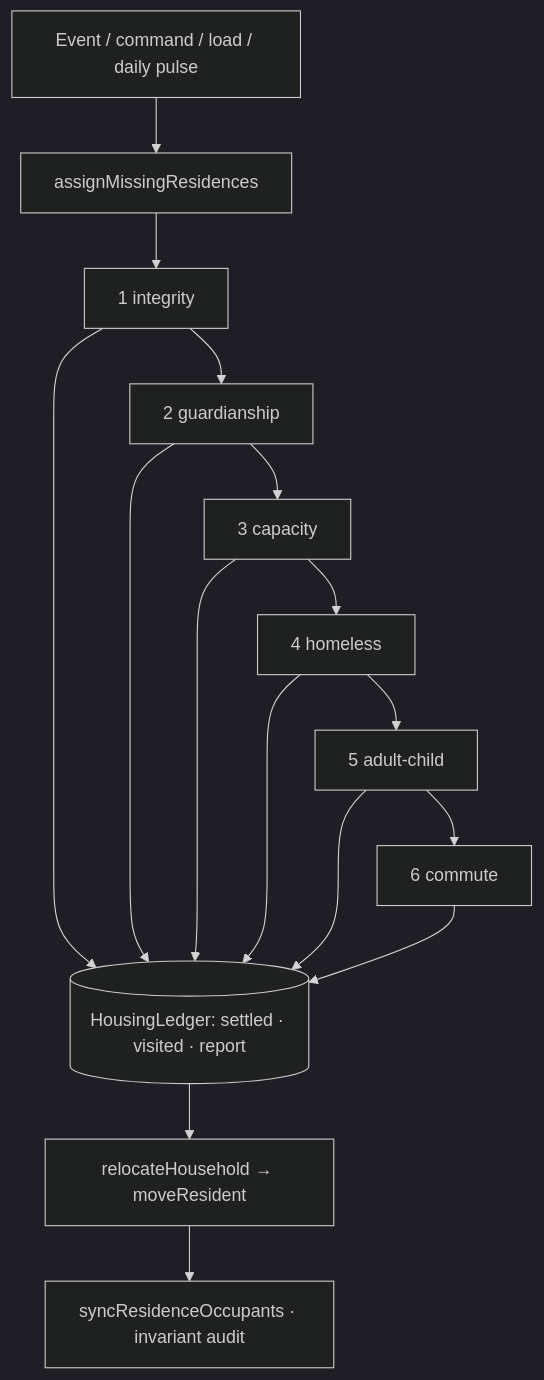
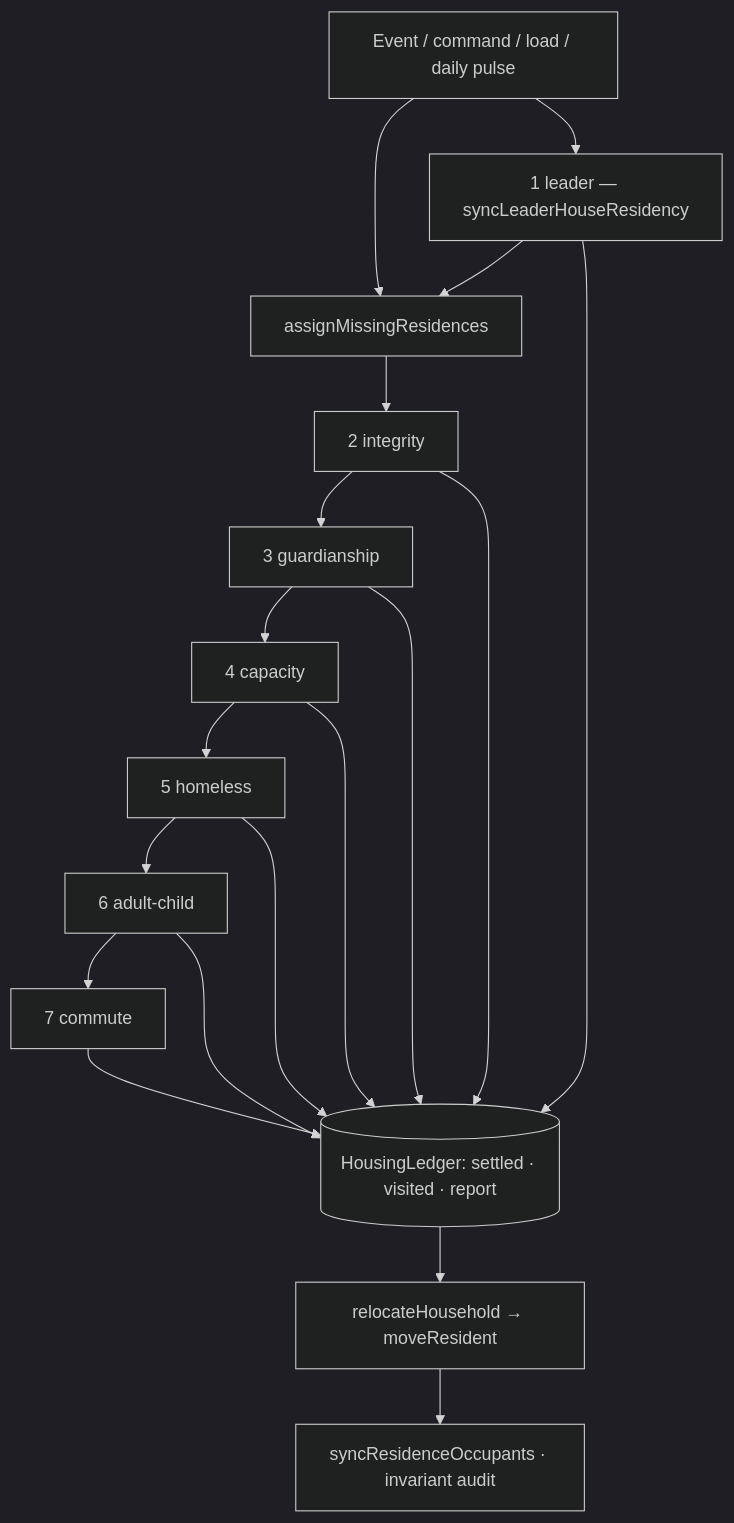
Before and after one commit to Rengerams/wilderfolk: the diagram in docs/HOUSING_ARCHITECTURE.md, drawn with Mermaid (dark theme). The commit also changed other lines of this file and 7 other files, not shown here.

Commit message:
Enforce leader household stability and audit residency transfers

````diff
--- a/docs/HOUSING_ARCHITECTURE.md
+++ b/docs/HOUSING_ARCHITECTURE.md
@@ -36,13 +36,15 @@
 ```mermaid
 flowchart TD
   E[Event / command / load / daily pulse] --> S[assignMissingResidences]
-  S --> P1[1 integrity]
-  P1 --> P2[2 guardianship]
-  P2 --> P3[3 capacity]
-  P3 --> P4[4 homeless]
-  P4 --> P5[5 adult-child]
-  P5 --> P6[6 commute]
-  P1 & P2 & P3 & P4 & P5 & P6 --> L[(HousingLedger: settled · visited · report)]
+  E --> P0[1 leader — syncLeaderHouseResidency]
+  P0 --> S
+  S --> P1[2 integrity]
+  P1 --> P2[3 guardianship]
+  P2 --> P3[4 capacity]
+  P3 --> P4[5 homeless]
+  P4 --> P5[6 adult-child]
+  P5 --> P6[7 commute]
+  P0 & P1 & P2 & P3 & P4 & P5 & P6 --> L[(HousingLedger: settled · visited · report)]
   L --> W[relocateHousehold → moveResident]
   W --> R[syncResidenceOccupants · invariant audit]
 ```
````
